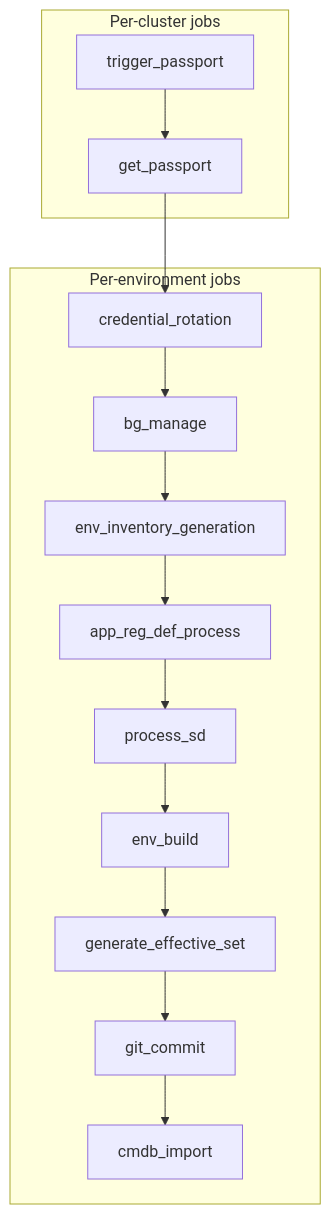
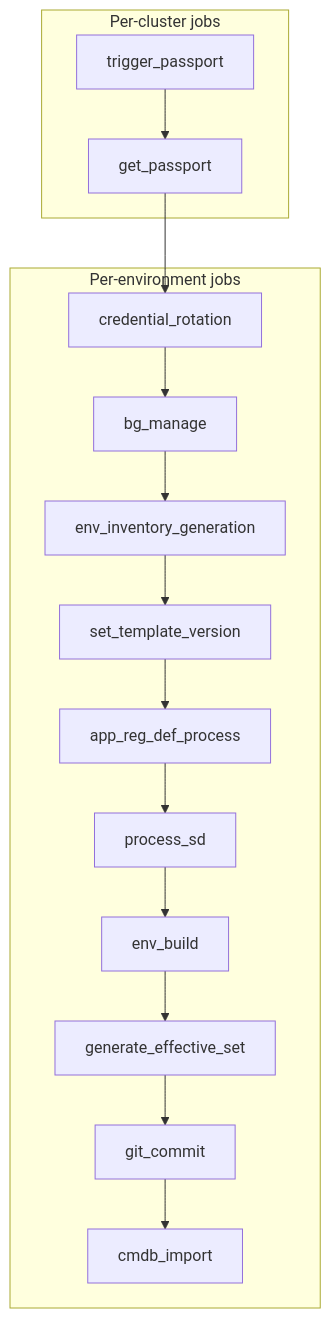
Before and after one commit to Netcracker/qubership-envgene: the diagram in docs/envgene-pipelines.md, drawn with Mermaid. The commit also changed other lines of this file and 3 other files, not shown here.

First line of the commit message:
docs: TEMPORARY template version mode applies the version to the run only

````diff
--- a/docs/envgene-pipelines.md
+++ b/docs/envgene-pipelines.md
@@ -25,17 +25,18 @@
 ```mermaid
 flowchart TB
     subgraph passport["Per-cluster jobs"]
         A[trigger_passport] --> B[get_passport]
     end
     subgraph per_env["Per-environment jobs"]
         C[credential_rotation] --> D[bg_manage]
         D --> E[env_inventory_generation]
-        E --> F[app_reg_def_process]
+        E --> E2[set_template_version]
+        E2 --> F[app_reg_def_process]
         F --> G[process_sd]
         G --> H[env_build]
         H --> I[generate_effective_set]
         I --> J[git_commit]
         J --> K[cmdb_import]
     end
     B --> C
 ```
````
